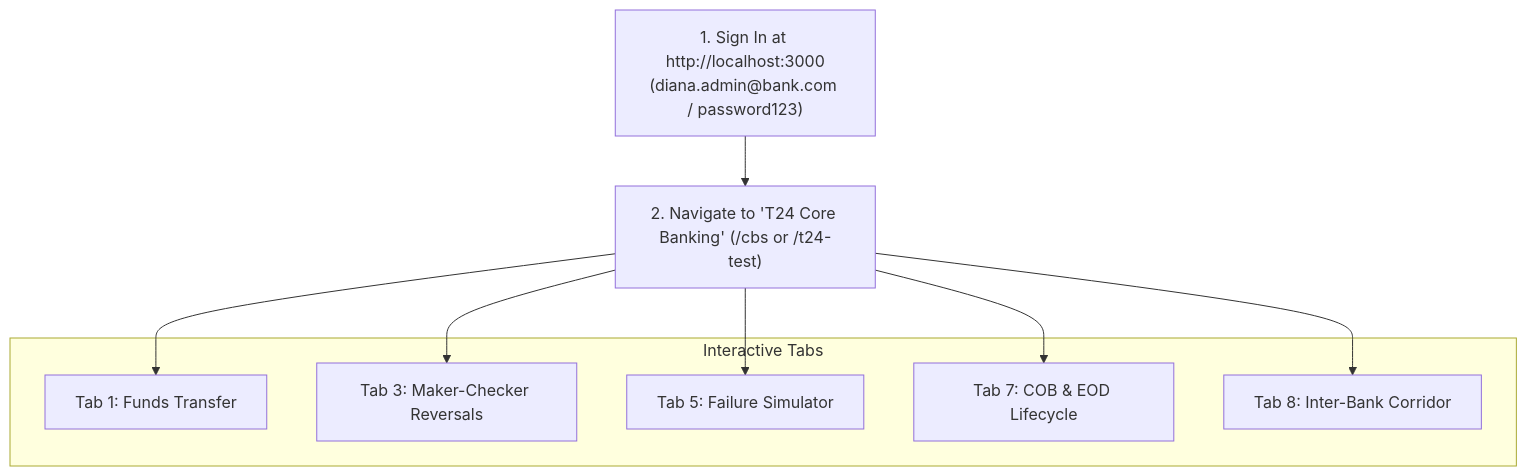
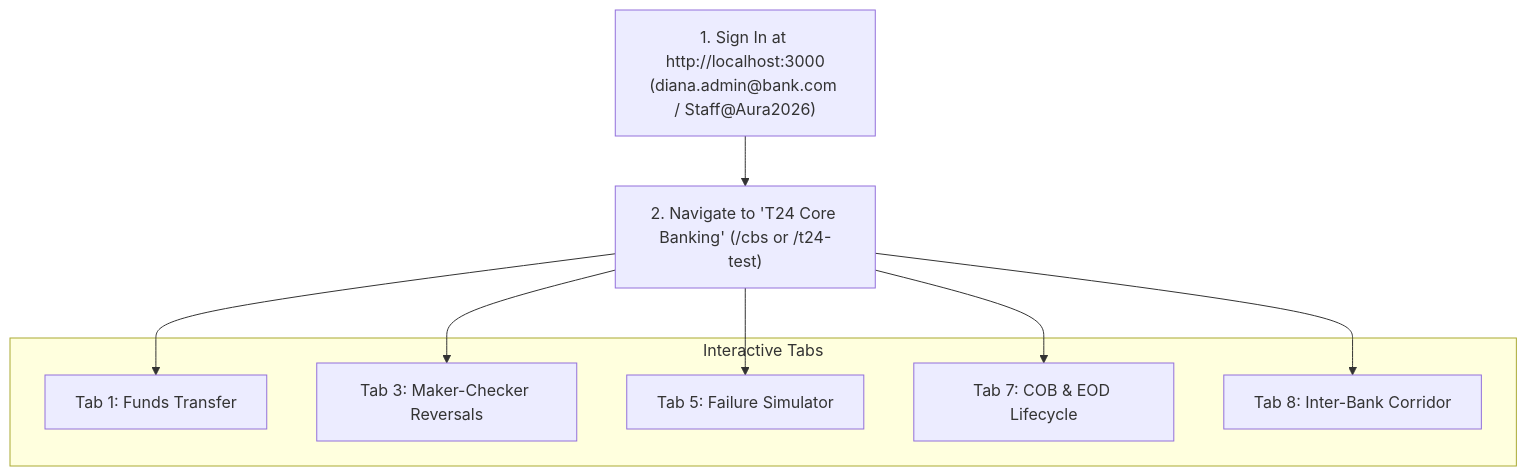
Before and after one commit to romzelmadidev/group3_fse_capstone: the second of 2 diagrams in docs/pr/04_TESTING_GUIDE_AND_VERIFICATION_MATRIX.md, drawn with Mermaid. The commit also changed 12 other files, not shown here.

````diff
--- a/docs/pr/04_TESTING_GUIDE_AND_VERIFICATION_MATRIX.md
+++ b/docs/pr/04_TESTING_GUIDE_AND_VERIFICATION_MATRIX.md
@@ -84,20 +84,20 @@
 ```mermaid
 graph TD
-    LOGIN["1. Sign In at http://localhost:3000<br/>(diana.admin@bank.com / password123)"]
+    LOGIN["1. Sign In at http://localhost:3000<br/>(diana.admin@bank.com / Staff@Aura2026)"]
     CONSOLE["2. Navigate to 'T24 Core Banking' (/cbs or /t24-test)"]
     
     subgraph Tabs ["Interactive Tabs"]
         T1["Tab 1: Funds Transfer"]
         T3["Tab 3: Maker-Checker Reversals"]
         T5["Tab 5: Failure Simulator"]
         T7["Tab 7: COB & EOD Lifecycle"]
         T8["Tab 8: Inter-Bank Corridor"]
     end
 
     LOGIN --> CONSOLE
     CONSOLE --> T1
     CONSOLE --> T3
     CONSOLE --> T5
     CONSOLE --> T7
     CONSOLE --> T8
 ```
````
